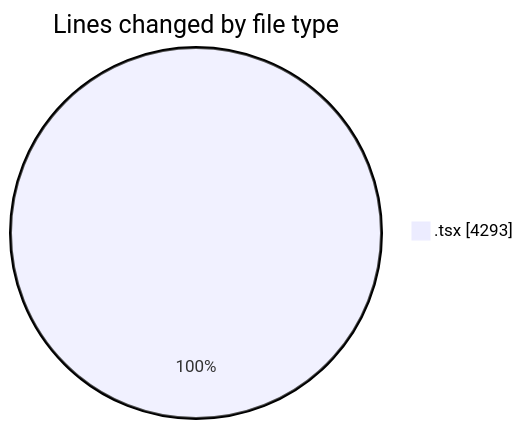
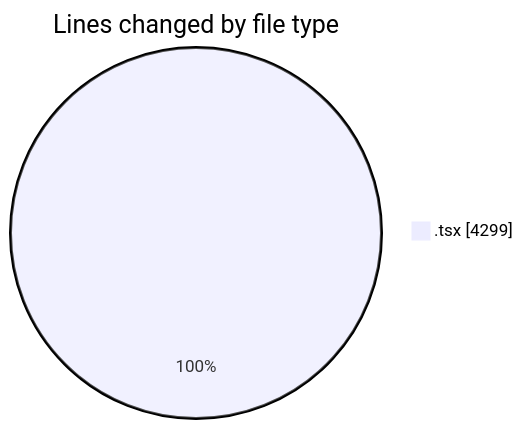
Before and after one commit to nxtqubesakshisongat/code-tracking: the first of 2 diagrams in 2026-03-05/nxtqube_webapp/README.md, drawn with Mermaid. The commit also changed other lines of this file and 1 other file, not shown here.

````diff
--- a/2026-03-05/nxtqube_webapp/README.md
+++ b/2026-03-05/nxtqube_webapp/README.md
@@ -23,5 +23,5 @@
 ```mermaid
 pie showData
 title Lines changed by file type
-".tsx" : 4293
+".tsx" : 4299
 ```
````
